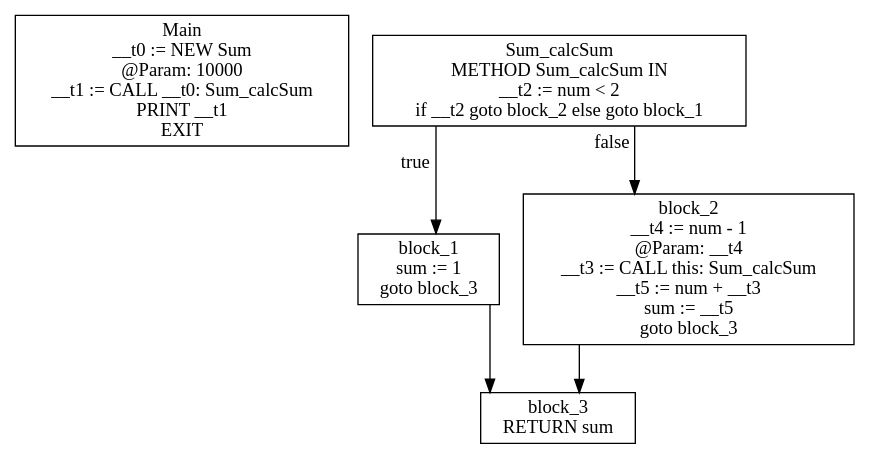
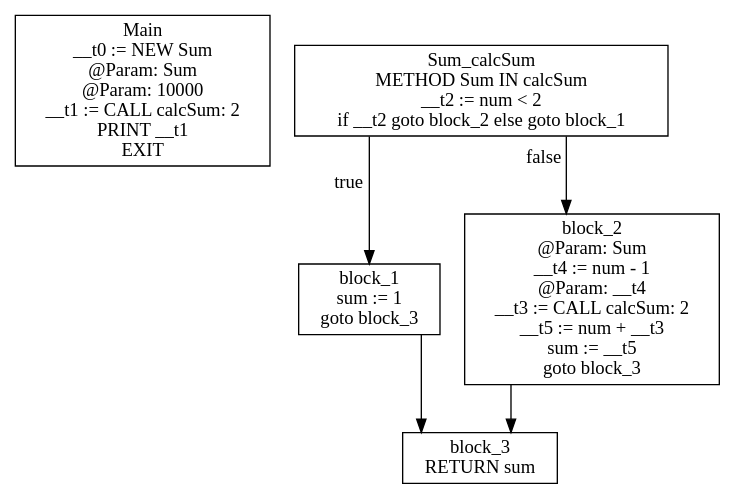
The diagram in gettingStarted/cfg.dot (KarmaSora/Compiler), drawn with Graphviz before and after one commit. The commit also changed 7 other files, not shown here.

```diff
--- a/gettingStarted/cfg.dot
+++ b/gettingStarted/cfg.dot
@@ -1,13 +1,13 @@
 digraph CFG {
 graph [splines=ortho];
 node [shape=box];
-Main [label="Main\n__t0 := NEW Sum\n @Param: 10000\n__t1 := CALL __t0: Sum_calcSum\nPRINT __t1\nEXIT\n"];
+Main [label="Main\n__t0 := NEW Sum\n @Param: Sum\n @Param: 10000\n__t1 := CALL calcSum: 2\nPRINT __t1\nEXIT\n"];
 Sum_calcSum -> block_1 [xlabel="true"];
 Sum_calcSum -> block_2 [xlabel="false"];
-Sum_calcSum [label="Sum_calcSum\nMETHOD Sum_calcSum IN \n__t2 := num < 2\nif __t2 goto block_2 else goto block_1\n"];
+Sum_calcSum [label="Sum_calcSum\nMETHOD Sum IN calcSum\n__t2 := num < 2\nif __t2 goto block_2 else goto block_1\n"];
 block_1 -> block_3;
 block_1 [label="block_1\nsum := 1\ngoto block_3\n"];
 block_2 -> block_3;
-block_2 [label="block_2\n__t4 := num - 1\n @Param: __t4\n__t3 := CALL this: Sum_calcSum\n__t5 := num + __t3\nsum := __t5\ngoto block_3\n"];
+block_2 [label="block_2\n @Param: Sum\n__t4 := num - 1\n @Param: __t4\n__t3 := CALL calcSum: 2\n__t5 := num + __t3\nsum := __t5\ngoto block_3\n"];
 block_3 [label="block_3\nRETURN sum\n"];
 }
```
